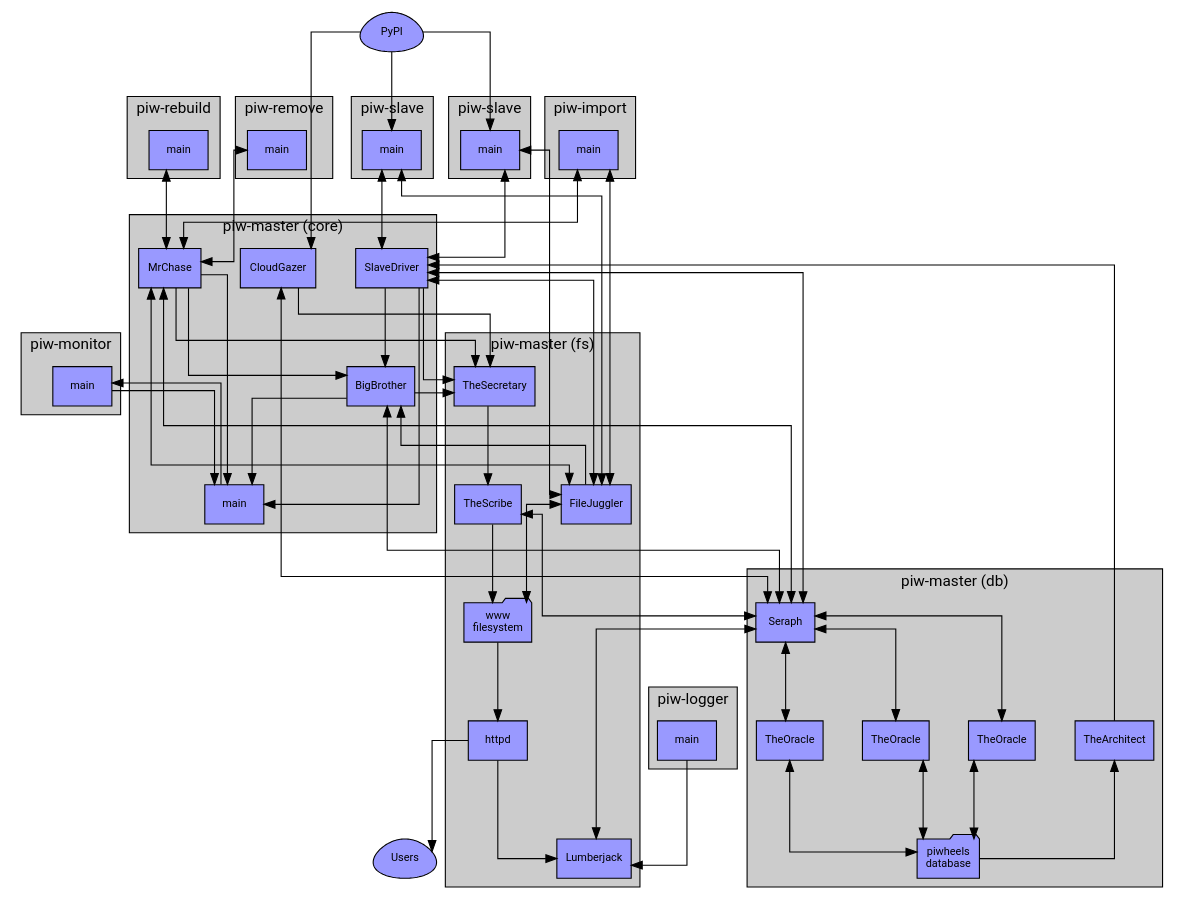
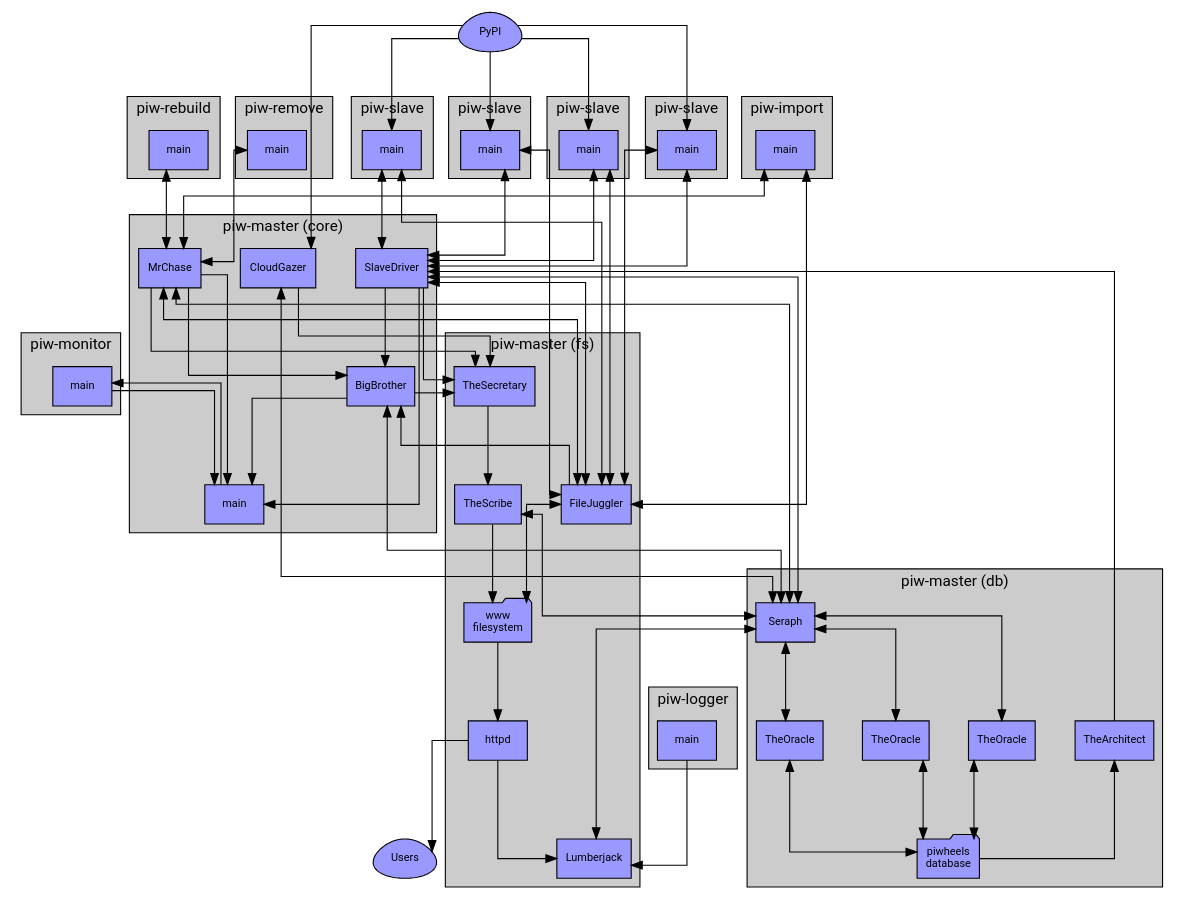
Before and after one commit to piwheels/piwheels: the diagram in docs/images/master_arch.dot, drawn with Graphviz.

Commit message:
Make it a bit more obvious there's *lots* of build slaves

```diff
--- a/docs/images/master_arch.dot
+++ b/docs/images/master_arch.dot
@@ -1,127 +1,143 @@
 digraph piwheels {
     graph [splines=ortho, nodesep=0.5, ranksep=1, style=filled, fontname=Roboto, fontsize=14, fillcolor="#cccccc"];
     node [shape=rect, fontname=Roboto, fontsize=10, style=filled, fillcolor="#9999ff", penwidth=1];
     edge [fontname=Sans, fontsize=8];
 
     PyPI [label="PyPI", shape=egg];
     Users [label="Users", shape=egg];
 
     subgraph cluster_db_server {
         graph [label="piw-master (db)"];
 
         TheOracle1 [label="TheOracle"];
         TheOracle2 [label="TheOracle"];
         TheOracle3 [label="TheOracle"];
         TheArchitect;
         Seraph;
         db [label="piwheels\ndatabase", shape=folder];
 
         Seraph->TheOracle1 [dir=both];
         Seraph->TheOracle2 [dir=both];
         Seraph->TheOracle3 [dir=both];
         TheOracle1->db [dir=both];
         TheOracle2->db [dir=both];
         TheOracle3->db [dir=both];
         TheArchitect->db [dir=back];
     }
 
     subgraph cluster_file_server {
         graph [label="piw-master (fs)"];
 
         TheSecretary;
         TheScribe;
         FileJuggler;
         Lumberjack;
         fs [label="www\nfilesystem", shape=folder];
         httpd;
 
         TheSecretary->TheScribe;
         TheScribe->fs;
         FileJuggler->fs [dir=both];
         fs->httpd;
         httpd->Lumberjack;
     }
 
     subgraph cluster_master {
         graph [label="piw-master (core)"];
 
         CloudGazer;
         main;
         MrChase;
         SlaveDriver;
         BigBrother;
 
         BigBrother->main;
         SlaveDriver->main;
         MrChase->main;
         MrChase->TheSecretary;
     }
 
     subgraph cluster_monitor {
         graph [label="piw-monitor"];
         monitor [label="main"];
     }
 
     subgraph cluster_slave1 {
         graph [label="piw-slave"];
         Slave1 [label="main"];
     }
 
     subgraph cluster_slave2 {
         graph [label="piw-slave"];
         Slave2 [label="main"];
     }
 
+    subgraph cluster_slave3 {
+        graph [label="piw-slave"];
+        Slave3 [label="main"];
+    }
+
+    subgraph cluster_slave4 {
+        graph [label="piw-slave"];
+        Slave4 [label="main"];
+    }
+
     subgraph cluster_import {
         graph [label="piw-import"];
         Importer [label="main"];
     }
 
     subgraph cluster_rebuild {
         graph [label="piw-rebuild"];
         Rebuild [label="main"];
     }
 
     subgraph cluster_remove {
         graph [label="piw-remove"];
         Remove [label="main"];
     }
 
     subgraph cluster_logger {
         graph [label="piw-logger"];
         Logger [label="main"];
     }
 
 
     PyPI->CloudGazer;
     PyPI->Slave1;
     PyPI->Slave2;
+    PyPI->Slave3;
+    PyPI->Slave4;
     Slave1->SlaveDriver [dir=both];
     Slave2->SlaveDriver [dir=both];
+    Slave3->SlaveDriver [dir=both];
+    Slave4->SlaveDriver [dir=both];
     Slave1->FileJuggler [dir=both];
     Slave2->FileJuggler [dir=both];
+    Slave3->FileJuggler [dir=both];
+    Slave4->FileJuggler [dir=both];
     Importer->MrChase [dir=both];
     Importer->FileJuggler [dir=both];
     Rebuild->MrChase [dir=both];
     Remove->MrChase [dir=both];
     Logger->Lumberjack;
     main->monitor;
     monitor->main;
 
     CloudGazer->Seraph [dir=both];
     CloudGazer->TheSecretary;
     BigBrother->TheSecretary;
     SlaveDriver->TheSecretary;
     SlaveDriver->BigBrother;
     FileJuggler->BigBrother;
     TheScribe->Seraph [dir=both];
     BigBrother->Seraph [dir=both];
     SlaveDriver->FileJuggler [dir=both];
     SlaveDriver->Seraph [dir=both];
     TheArchitect->SlaveDriver;
     MrChase->FileJuggler [dir=both];
     MrChase->Seraph [dir=both];
     MrChase->BigBrother;
     Lumberjack->Seraph [dir=both];
     httpd->Users;
 }
```
